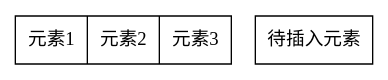
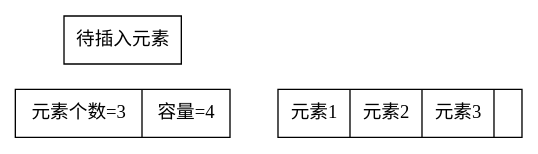
Before and after one commit to xavierwoo/data_structrues_notes: the fourth of 31 diagrams in src/第一章-线性结构.md, drawn with Graphviz. The commit also changed other lines of this file and 1 other file, not shown here.

````diff
--- a/src/第一章-线性结构.md
+++ b/src/第一章-线性结构.md
@@ -54,7 +144,11 @@
 ```dot
 digraph G{
+    rankdir=LR
     node [shape = record]
-    A [label = "元素1|元素2|元素3"];
+    H[label="{元素个数=3 | 容量=4}"]
+    A [label = "{元素1|元素2|元素3|<b>  }"];
+
+    H -> A[weight=10 style=invis]
     B[label="待插入元素"]
 }
 ```
````
